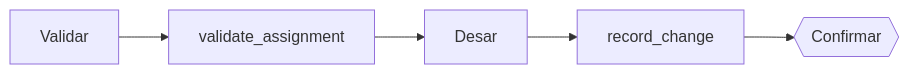
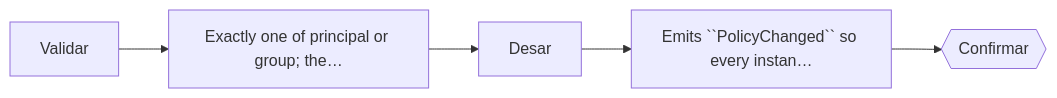
Before and after one commit to EloiSans/python-resource-engine: the first of 2 diagrams in examples/invoices/docs/resources/authz_role_assignments.md, drawn with Mermaid. The commit also changed other lines of this file and 41 other files, not shown here.

````diff
--- a/examples/invoices/docs/resources/authz_role_assignments.md
+++ b/examples/invoices/docs/resources/authz_role_assignments.md
@@ -51,12 +45,12 @@
 ```mermaid
 flowchart LR
     s0["Validar"]
-    s1["validate_assignment"]
+    s1["Exactly one of principal or group; the…"]
     s0 --> s1
     s2["Desar"]
     s1 --> s2
-    s3["record_change"]
+    s3["Emits ``PolicyChanged`` so every instan…"]
     s2 --> s3
     s4{{"Confirmar"}}
     s3 --> s4
 ```
````
